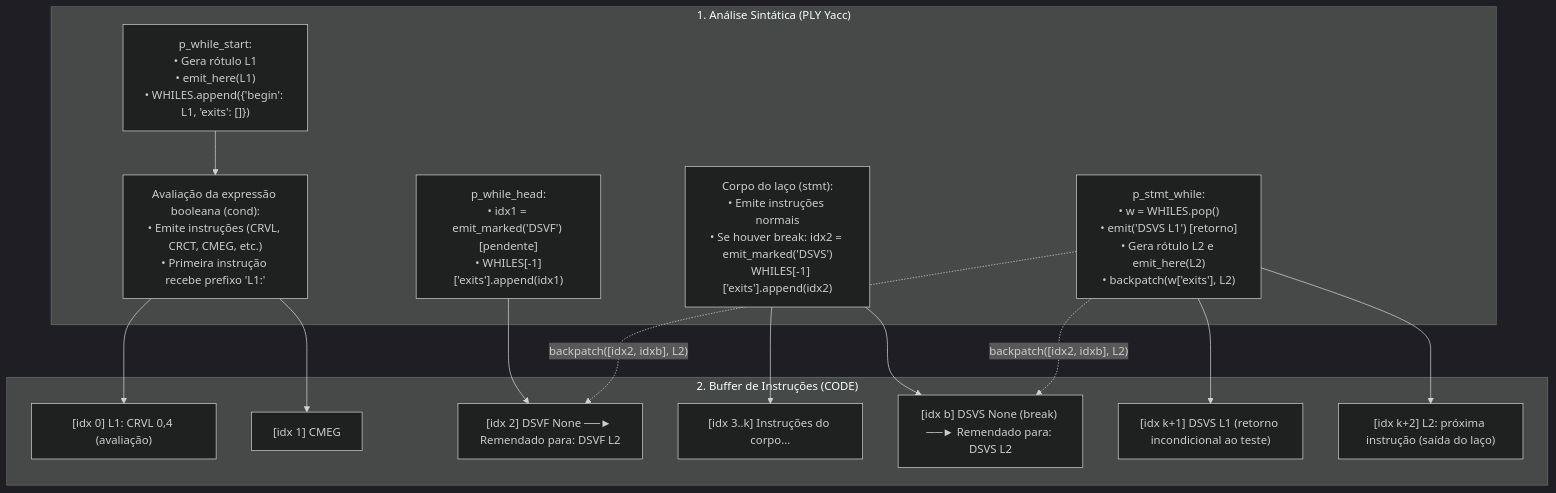
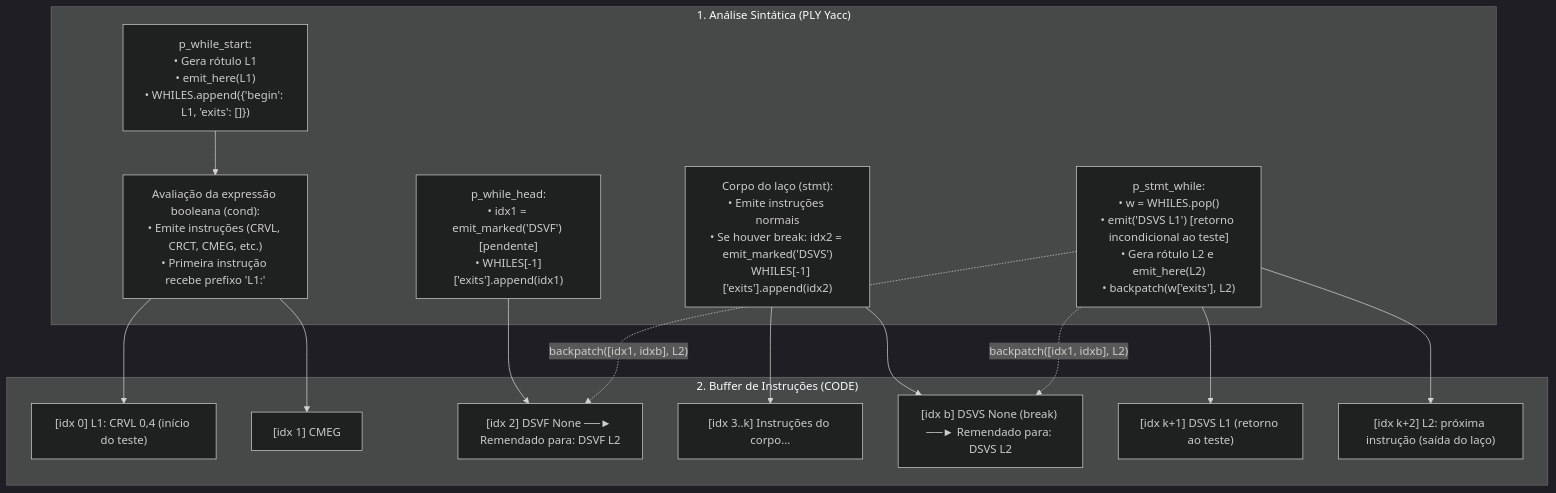
The diagram in docs/relato_lab3.md (FabricioRickelmer/ply-compiler), drawn with Mermaid (dark theme) before and after one commit. The commit also changed other lines of this file and 1 other file, not shown here.

````diff
--- a/docs/relato_lab3.md
+++ b/docs/relato_lab3.md
@@ -97,31 +49,31 @@
 ```mermaid
 flowchart TD
     subgraph Analise_Sintatica["1. Análise Sintática (PLY Yacc)"]
         WS["p_while_start:<br/>• Gera rótulo L1<br/>• emit_here(L1)<br/>• WHILES.append({'begin': L1, 'exits': []})"]
         COND["Avaliação da expressão booleana (cond):<br/>• Emite instruções (CRVL, CRCT, CMEG, etc.)<br/>• Primeira instrução recebe prefixo 'L1:'"]
         WH["p_while_head:<br/>• idx1 = emit_marked('DSVF') [pendente]<br/>• WHILES[-1]['exits'].append(idx1)"]
         BODY["Corpo do laço (stmt):<br/>• Emite instruções normais<br/>• Se houver break: idx2 = emit_marked('DSVS')<br/>  WHILES[-1]['exits'].append(idx2)"]
-        SW["p_stmt_while:<br/>• w = WHILES.pop()<br/>• emit('DSVS L1') [retorno]<br/>• Gera rótulo L2 e emit_here(L2)<br/>• backpatch(w['exits'], L2)"]
+        SW["p_stmt_while:<br/>• w = WHILES.pop()<br/>• emit('DSVS L1') [retorno incondicional ao teste]<br/>• Gera rótulo L2 e emit_here(L2)<br/>• backpatch(w['exits'], L2)"]
     end
 
     subgraph Buffer_CODE["2. Buffer de Instruções (CODE)"]
-        I1["[idx 0] L1: CRVL 0,4 (avaliação)"]
+        I1["[idx 0] L1: CRVL 0,4 (início do teste)"]
         I2["[idx 1] CMEG"]
         I3["[idx 2] DSVF None ──► Remendado para: DSVF L2"]
         I4["[idx 3..k] Instruções do corpo..."]
         IB["[idx b] DSVS None (break) ──► Remendado para: DSVS L2"]
-        I5["[idx k+1] DSVS L1 (retorno incondicional ao teste)"]
+        I5["[idx k+1] DSVS L1 (retorno ao teste)"]
         I6["[idx k+2] L2: próxima instrução (saída do laço)"]
     end
 
     WS --> COND
     COND --> I1
     COND --> I2
     WH --> I3
     BODY --> I4
     BODY --> IB
     SW --> I5
-    SW -. "backpatch([idx2, idxb], L2)" .-> I3
-    SW -. "backpatch([idx2, idxb], L2)" .-> IB
+    SW -. "backpatch([idx1, idxb], L2)" .-> I3
+    SW -. "backpatch([idx1, idxb], L2)" .-> IB
     SW --> I6
 ```
````
